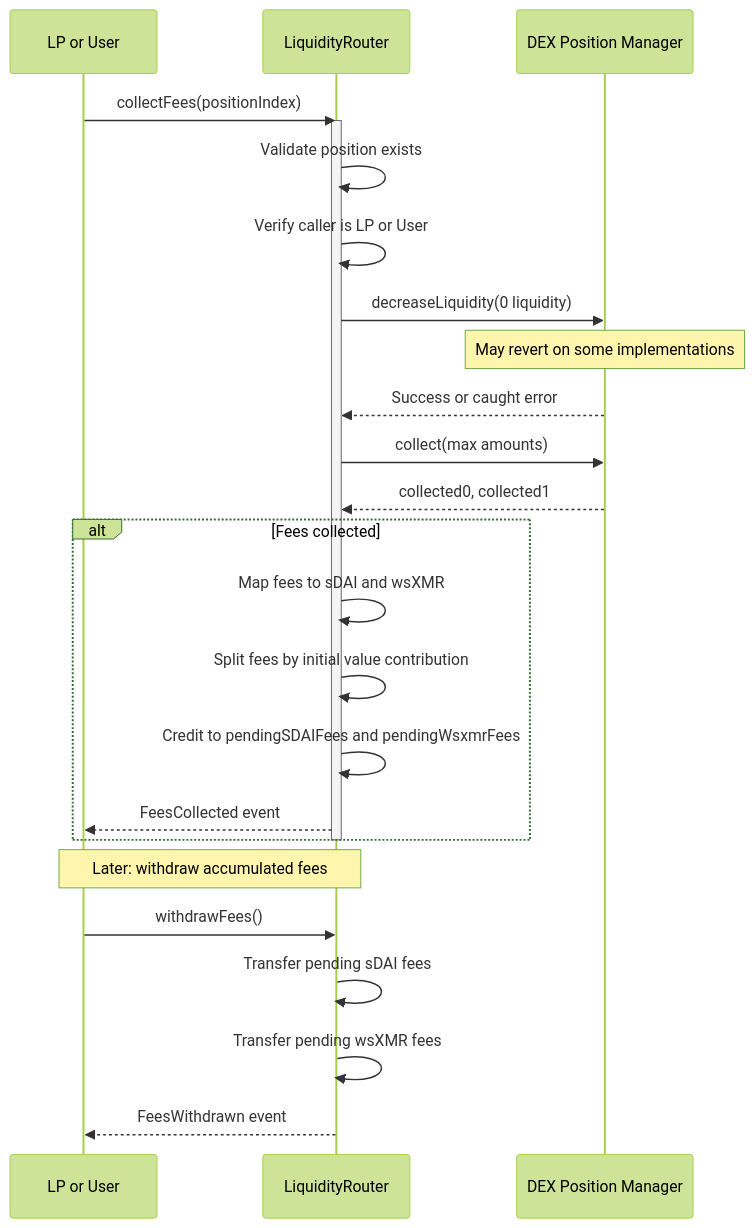
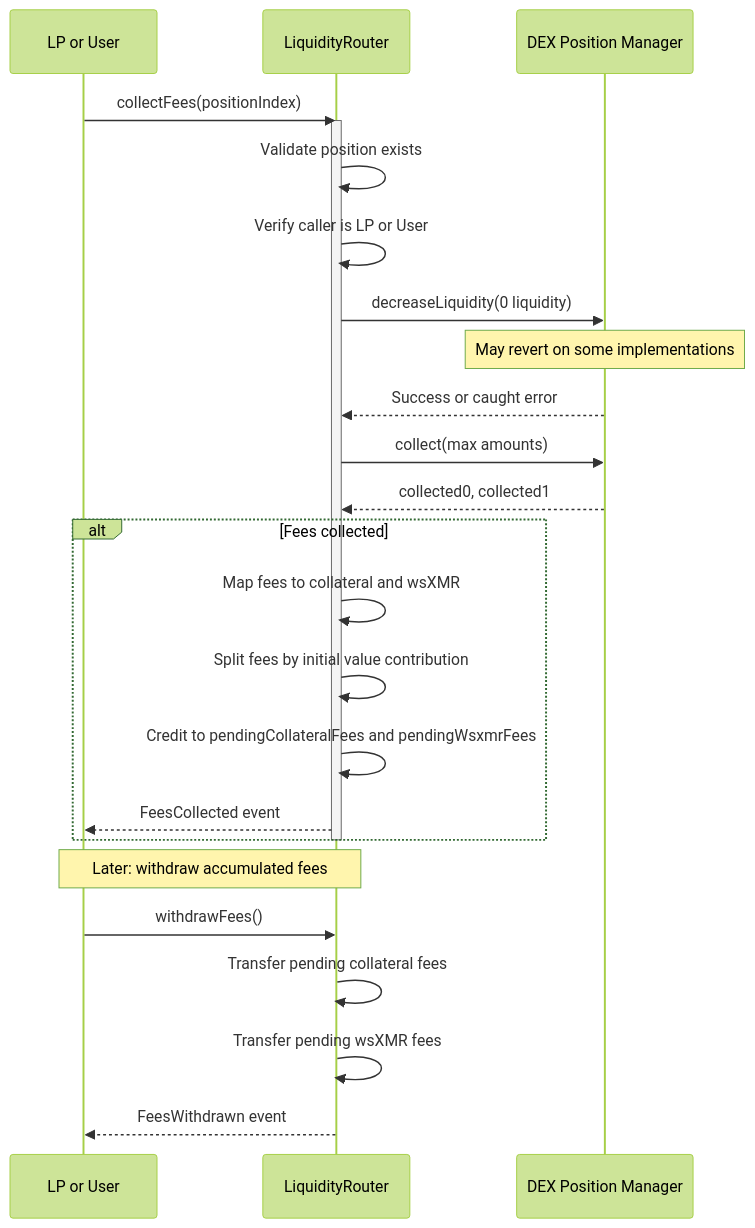
Before and after one commit to madschristensen99/wrapsynth: the eighth of 27 diagrams in docs/sequenceDiagrams.md, drawn with Mermaid (forest theme). The commit also changed other lines of this file and 1 other file, not shown here.

First line of the commit message:
Fix Mermaid parse errors + generalize docs to chain-agnostic terms

````diff
--- a/docs/sequenceDiagrams.md
+++ b/docs/sequenceDiagrams.md
@@ -359,34 +359,34 @@
 ```mermaid
 sequenceDiagram
     participant Caller as LP or User
     participant Router as LiquidityRouter
     participant DEX as DEX Position Manager
 
     Caller->>Router: collectFees(positionIndex)
     activate Router
     
     Router->>Router: Validate position exists
     Router->>Router: Verify caller is LP or User
     
     Router->>DEX: decreaseLiquidity(0 liquidity)
     Note over DEX: May revert on some implementations
     DEX-->>Router: Success or caught error
     
     Router->>DEX: collect(max amounts)
     DEX-->>Router: collected0, collected1
     
     alt Fees collected
-        Router->>Router: Map fees to sDAI and wsXMR
+        Router->>Router: Map fees to collateral and wsXMR
         Router->>Router: Split fees by initial value contribution
-        Router->>Router: Credit to pendingSDAIFees and pendingWsxmrFees
+        Router->>Router: Credit to pendingCollateralFees and pendingWsxmrFees
         Router-->>Caller: FeesCollected event
     end
     
     deactivate Router
 
     Note over Caller,Router: Later: withdraw accumulated fees
     Caller->>Router: withdrawFees()
-    Router->>Router: Transfer pending sDAI fees
+    Router->>Router: Transfer pending collateral fees
     Router->>Router: Transfer pending wsXMR fees
     Router-->>Caller: FeesWithdrawn event
 ```
````
